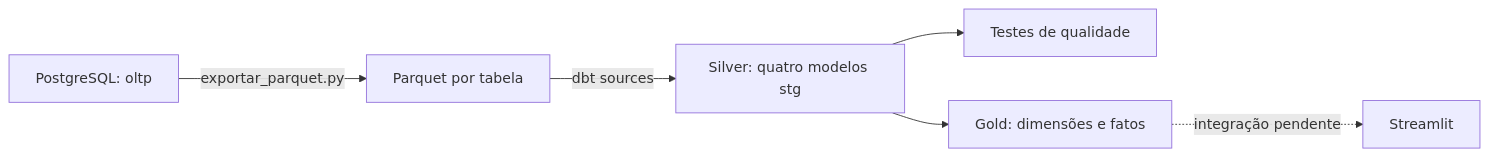
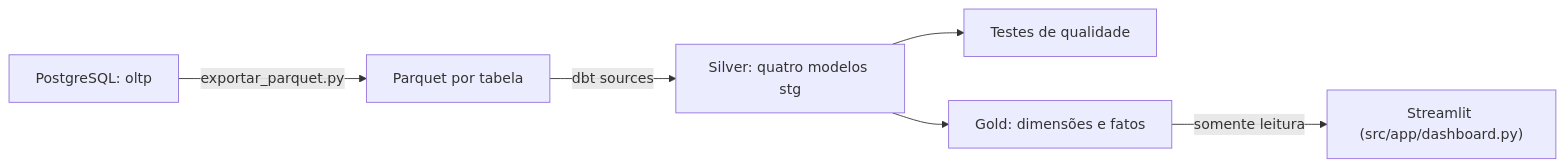
Before and after one commit to unb-bd2-2026-2-grupo-4/METRA: the first of 2 diagrams in docs/camada-analitica-dbt.md, drawn with Mermaid. The commit also changed other lines of this file and 3 other files, not shown here.

````diff
--- a/docs/camada-analitica-dbt.md
+++ b/docs/camada-analitica-dbt.md
@@ -7,8 +7,8 @@
 ```mermaid
 flowchart LR
     O[PostgreSQL: oltp] -->|exportar_parquet.py| P[Parquet por tabela]
     P -->|dbt sources| S[Silver: quatro modelos stg]
     S --> T[Testes de qualidade]
     S --> G[Gold: dimensões e fatos]
-    G -. integração pendente .-> D[Streamlit]
+    G -->|somente leitura| D["Streamlit (src/app/dashboard.py)"]
 ```
````
